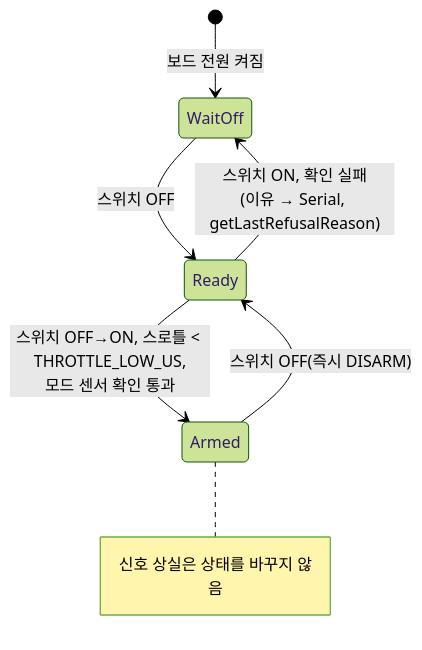
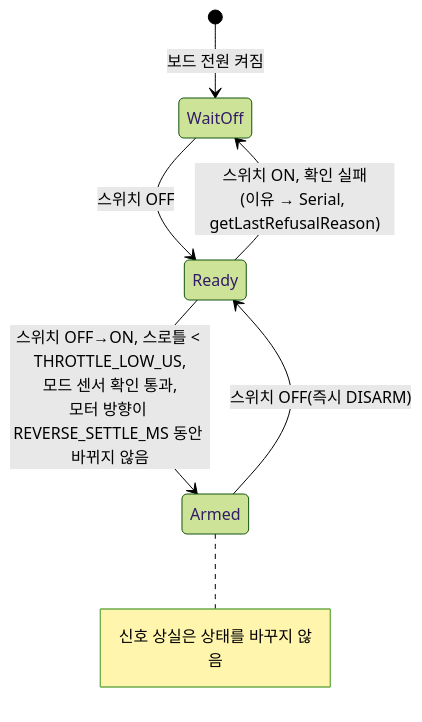
One commit to damir-lebedev/OpenPlaneProject changed the seventh of 11 diagrams in docs/i18n/ko/ARCHITECTURE.md. Above: the diagram before and after it, drawn with Mermaid (forest theme). The commit also changed other lines of this file and 166 other files, not shown here.

````diff
--- a/docs/i18n/ko/ARCHITECTURE.md
+++ b/docs/i18n/ko/ARCHITECTURE.md
@@ -407,9 +411,9 @@
 ```mermaid
 stateDiagram-v2
     [*] --> WaitOff : 보드 전원 켜짐
     WaitOff --> Ready : 스위치 OFF
-    Ready --> Armed : 스위치 OFF→ON, 스로틀 < THROTTLE_LOW_US,<br/>모드 센서 확인 통과
+    Ready --> Armed : 스위치 OFF→ON, 스로틀 < THROTTLE_LOW_US,<br/>모드 센서 확인 통과,<br/>모터 방향이 REVERSE_SETTLE_MS 동안 바뀌지 않음
     Ready --> WaitOff : 스위치 ON, 확인 실패<br/>(이유 → Serial, getLastRefusalReason)
     Armed --> Ready : 스위치 OFF(즉시 DISARM)
     note right of Armed : 신호 상실은 상태를 바꾸지 않음
 ```
````
